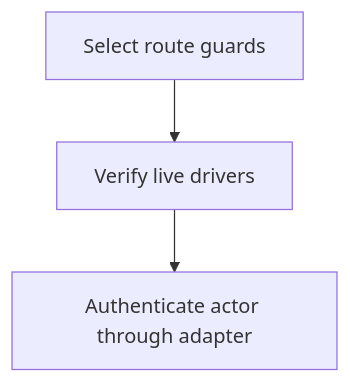
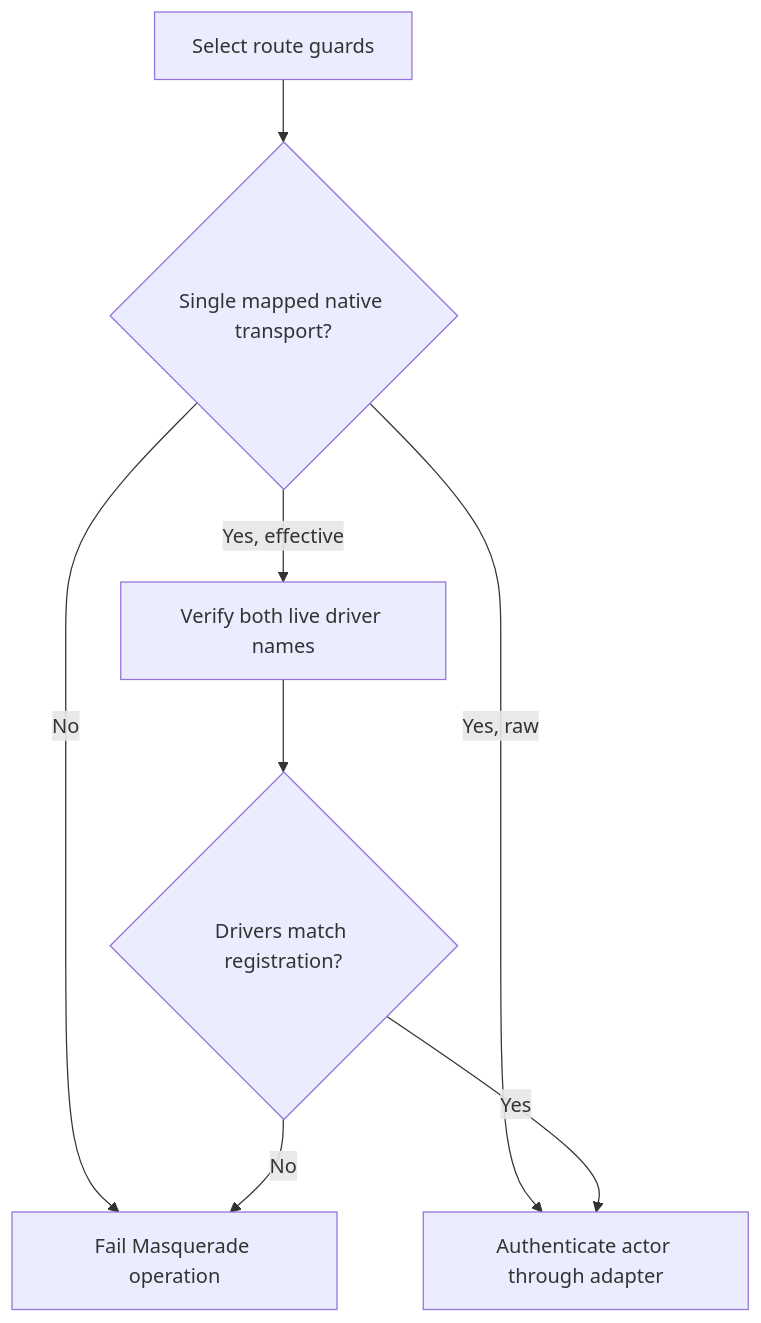
Before and after one commit to Kevinjohn/oss-adonisjs-masquerade: the second of 2 diagrams in user-stories/configure-masquerade/us-setup-02-select-credential-transport.md, drawn with Mermaid. The commit also changed other lines of this file and 22 other files, not shown here.

Commit message:
docs: verify user story paths and Mermaid flows against implementation

````diff
--- a/user-stories/configure-masquerade/us-setup-02-select-credential-transport.md
+++ b/user-stories/configure-masquerade/us-setup-02-select-credential-transport.md
@@ -28,5 +30,10 @@
 ```mermaid
 flowchart TD
-    A["Select route guards"] --> B["Verify live drivers"]
-    B["Verify live drivers"] --> C["Authenticate actor through adapter"]
+    A["Select route guards"] --> Q{"Single mapped native transport?"}
+    Q -->|No| R["Fail Masquerade operation"]
+    Q -->|Yes, effective| B["Verify both live driver names"]
+    Q -->|Yes, raw| C["Authenticate actor through adapter"]
+    B --> S{"Drivers match registration?"}
+    S -->|Yes| C
+    S -->|No| R
 ```
````
